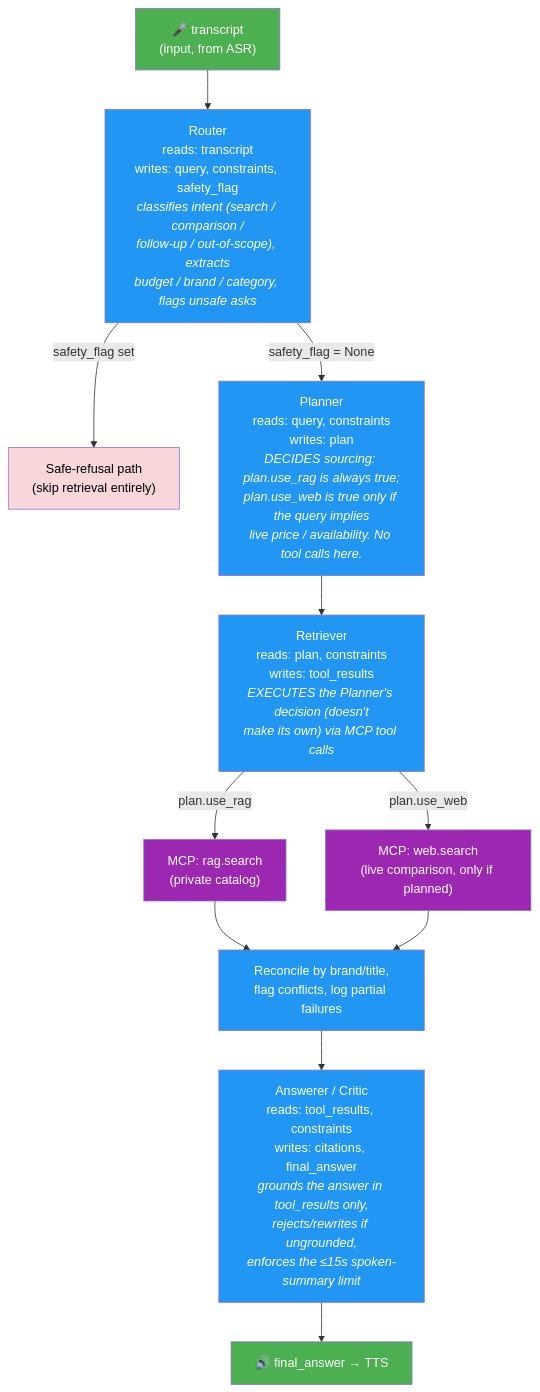
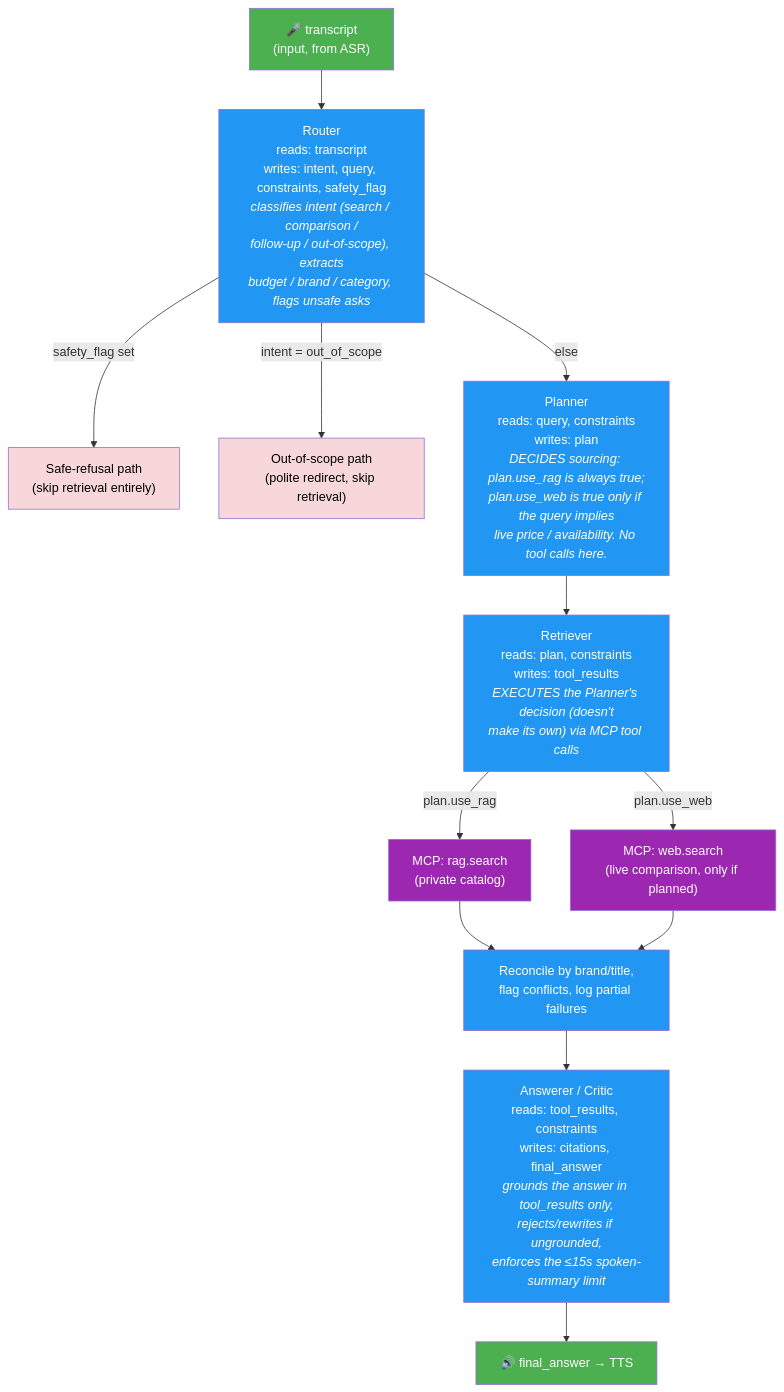
The diagram in Architecture/graph_state_flow.mermaid (pareeyaporn/Agentic-Voice-to-Voice-AI), drawn with Mermaid before and after one commit. The commit also changed 9 other files, not shown here.

First line of the commit message:
Fix four pipeline gaps: truncation, keyless startup, out-of-scope routing, double model load

```diff
--- a/Architecture/graph_state_flow.mermaid
+++ b/Architecture/graph_state_flow.mermaid
@@ -1,30 +1,32 @@
 graph TD
     A["🎤 transcript<br/>(input, from ASR)"] --> B
 
-    B["Router<br/>reads: transcript<br/>writes: query, constraints, safety_flag<br/><i>classifies intent (search / comparison /<br/>follow-up / out-of-scope), extracts<br/>budget / brand / category, flags unsafe asks</i>"]
+    B["Router<br/>reads: transcript<br/>writes: intent, query, constraints, safety_flag<br/><i>classifies intent (search / comparison /<br/>follow-up / out-of-scope), extracts<br/>budget / brand / category, flags unsafe asks</i>"]
     B -->|safety_flag set| C["Safe-refusal path<br/>(skip retrieval entirely)"]
-    B -->|safety_flag = None| D
+    B -->|intent = out_of_scope| C2["Out-of-scope path<br/>(polite redirect, skip retrieval)"]
+    B -->|else| D
 
     D["Planner<br/>reads: query, constraints<br/>writes: plan<br/><i>DECIDES sourcing: plan.use_rag is always true;<br/>plan.use_web is true only if the query implies<br/>live price / availability. No tool calls here.</i>"]
     D --> E
 
     E["Retriever<br/>reads: plan, constraints<br/>writes: tool_results<br/><i>EXECUTES the Planner's decision (doesn't<br/>make its own) via MCP tool calls</i>"]
     E -->|plan.use_rag| E1["MCP: rag.search<br/>(private catalog)"]
     E -->|plan.use_web| E2["MCP: web.search<br/>(live comparison, only if planned)"]
     E1 --> E3["Reconcile by brand/title,<br/>flag conflicts, log partial failures"]
     E2 --> E3
     E3 --> F
 
     F["Answerer / Critic<br/>reads: tool_results, constraints<br/>writes: citations, final_answer<br/><i>grounds the answer in tool_results only,<br/>rejects/rewrites if ungrounded,<br/>enforces the ≤15s spoken-summary limit</i>"]
     F --> G["🔊 final_answer → TTS"]
 
     style A fill:#4CAF50,color:#fff
     style G fill:#4CAF50,color:#fff
     style B fill:#2196F3,color:#fff
     style D fill:#2196F3,color:#fff
     style E fill:#2196F3,color:#fff
     style F fill:#2196F3,color:#fff
     style C fill:#f8d7da,color:#000
+    style C2 fill:#f8d7da,color:#000
     style E1 fill:#9C27B0,color:#fff
     style E2 fill:#9C27B0,color:#fff
     style E3 fill:#2196F3,color:#fff
```
